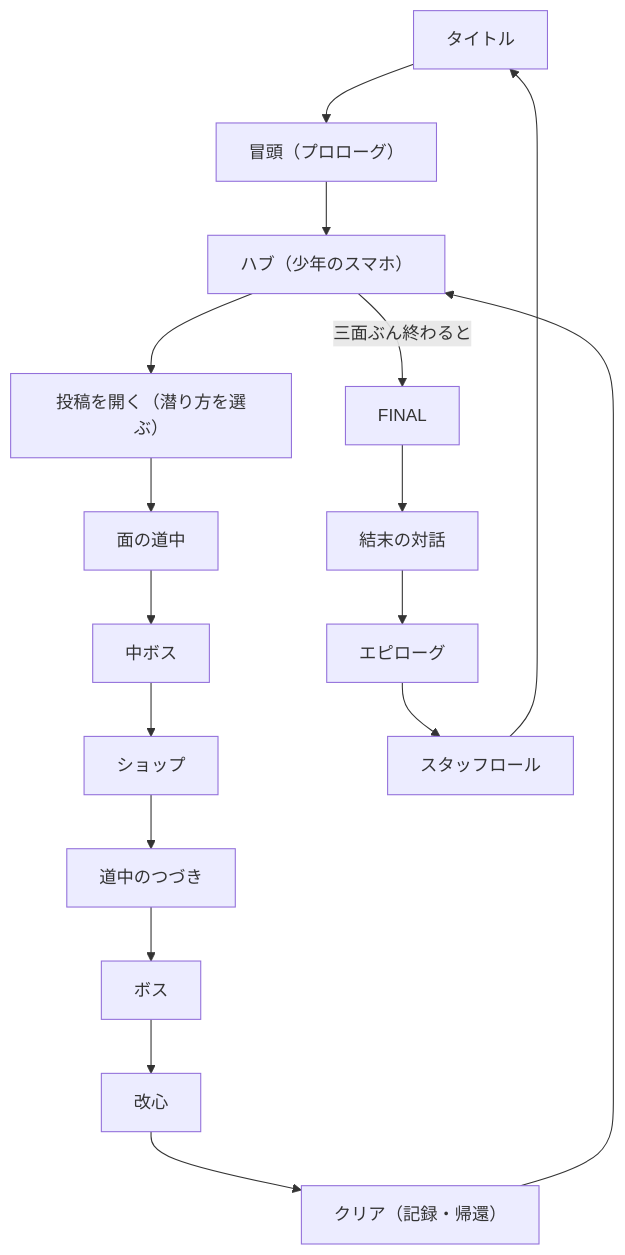
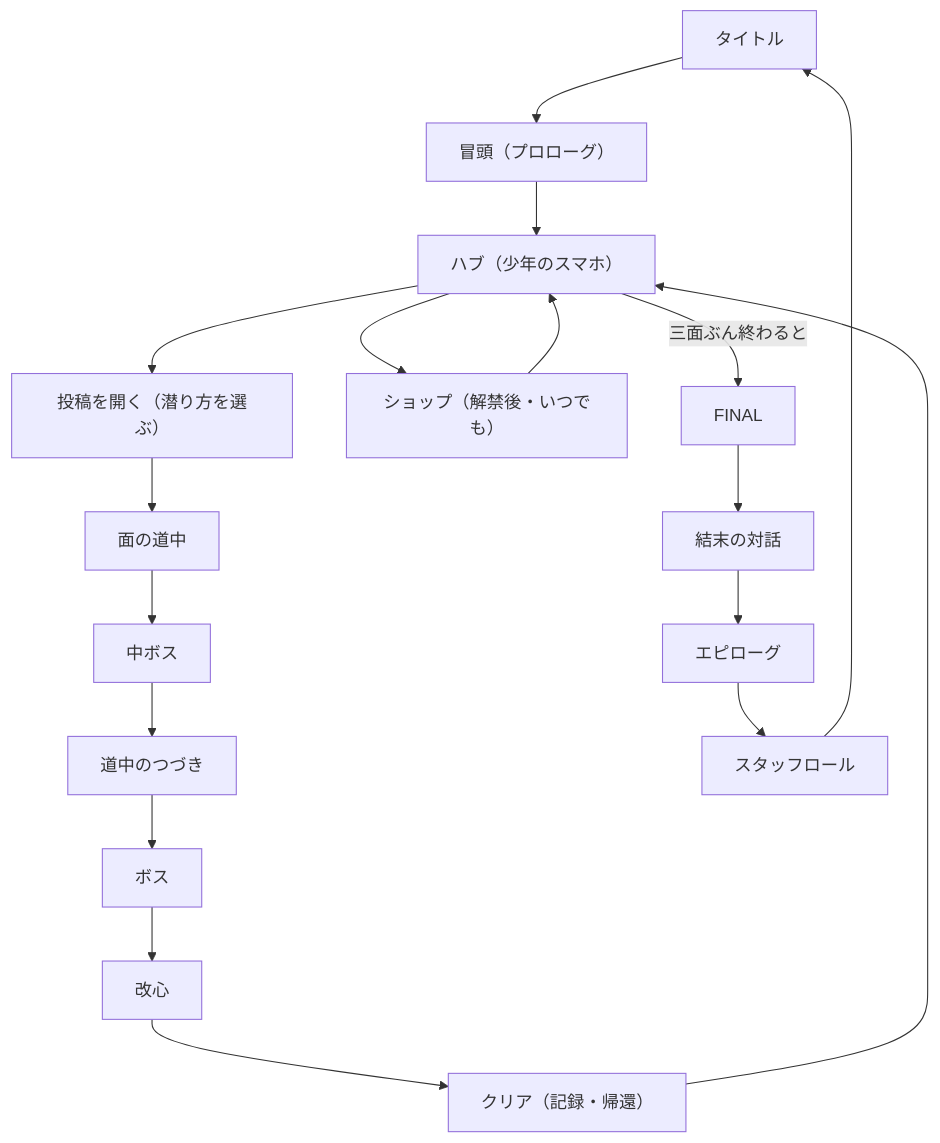
One commit to takutoruku1/algo_shoot changed the first of 2 diagrams in wiki/09_システム/01_全体の流れ.md. Above: the diagram before and after it, drawn with Mermaid. The commit also changed other lines of this file and 73 other files, not shown here.

````diff
--- a/wiki/09_システム/01_全体の流れ.md
+++ b/wiki/09_システム/01_全体の流れ.md
@@ -9,19 +9,20 @@
 ```mermaid
 flowchart TD
   T["タイトル"] --> P["冒頭（プロローグ）"]
   P --> H["ハブ（少年のスマホ）"]
   H --> D["投稿を開く（潜り方を選ぶ）"]
   D --> S["面の道中"]
   S --> M["中ボス"]
-  M --> SH["ショップ"]
-  SH --> S2["道中のつづき"]
+  M --> S2["道中のつづき"]
   S2 --> B["ボス"]
   B --> R["改心"]
   R --> C["クリア（記録・帰還）"]
   C --> H
+  H --> SH["ショップ（解禁後・いつでも）"]
+  SH --> H
   H -->|三面ぶん終わると| F["FINAL"]
   F --> FI["結末の対話"]
   FI --> E["エピローグ"]
   E --> CR["スタッフロール"]
   CR --> T
 ```
````
